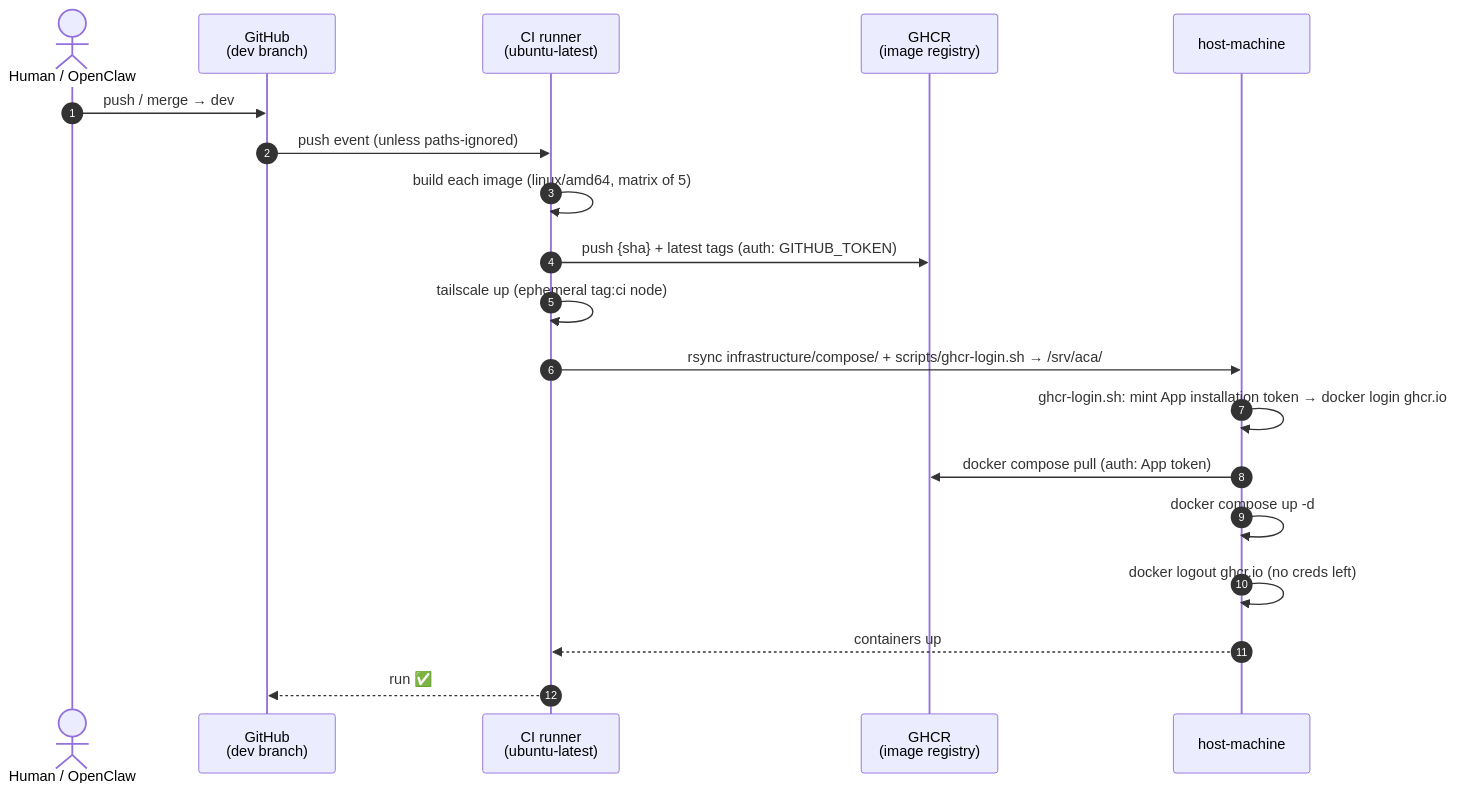
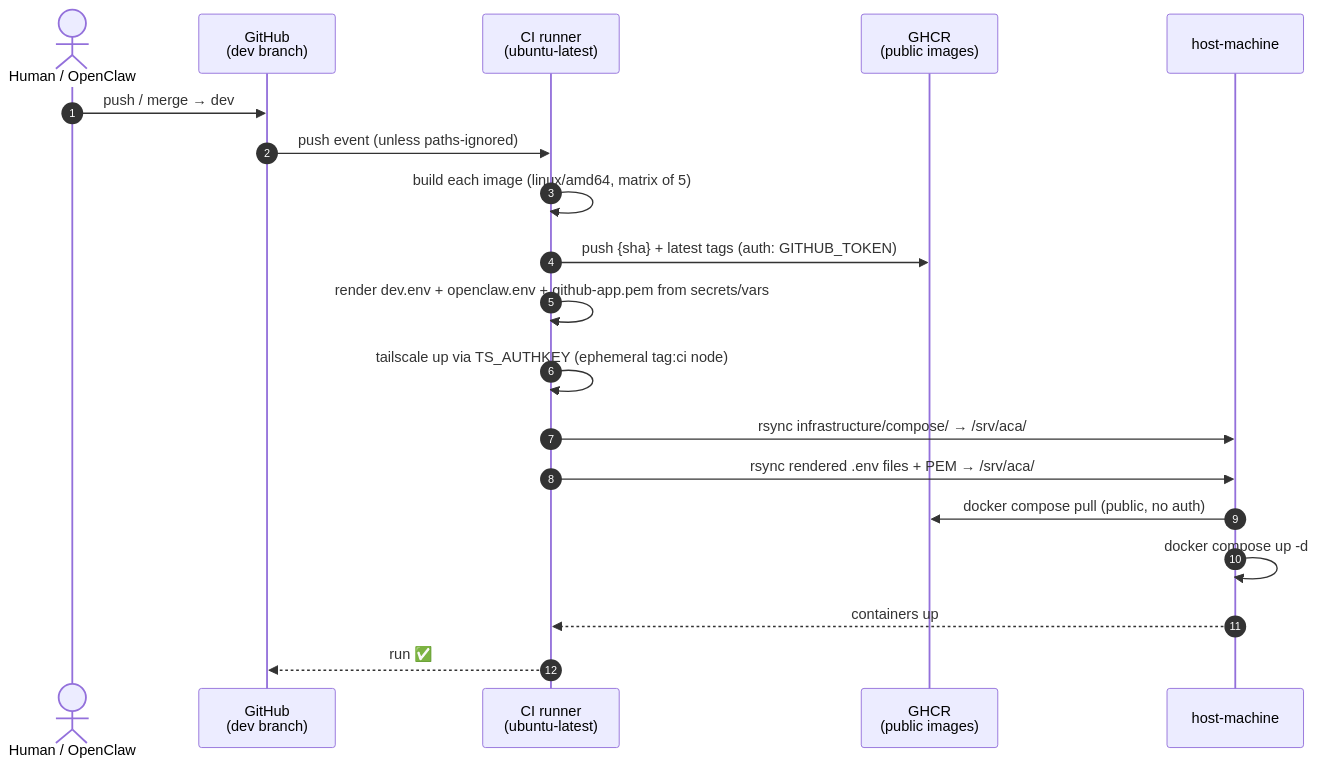
The third of 3 diagrams in infrastructure/.docs/ecosystem.md (ArchiCain/automated-coding-agent), drawn with Mermaid before and after one commit. The commit also changed other lines of this file and 14 other files, not shown here.

````diff
--- a/infrastructure/.docs/ecosystem.md
+++ b/infrastructure/.docs/ecosystem.md
@@ -103,22 +103,22 @@
 ```mermaid
 sequenceDiagram
   autonumber
   actor Human as Human / OpenClaw
   participant GH as GitHub<br/>(dev branch)
   participant CI as CI runner<br/>(ubuntu-latest)
-  participant GHCR as GHCR<br/>(image registry)
+  participant GHCR as GHCR<br/>(public images)
   participant Host as host-machine
 
   Human->>GH: push / merge → dev
   GH->>CI: push event (unless paths-ignored)
   CI->>CI: build each image (linux/amd64, matrix of 5)
   CI->>GHCR: push {sha} + latest tags (auth: GITHUB_TOKEN)
-  CI->>CI: tailscale up (ephemeral tag:ci node)
-  CI->>Host: rsync infrastructure/compose/ + scripts/ghcr-login.sh → /srv/aca/
-  Host->>Host: ghcr-login.sh: mint App installation token → docker login ghcr.io
-  Host->>GHCR: docker compose pull (auth: App token)
+  CI->>CI: render dev.env + openclaw.env + github-app.pem from secrets/vars
+  CI->>CI: tailscale up via TS_AUTHKEY (ephemeral tag:ci node)
+  CI->>Host: rsync infrastructure/compose/ → /srv/aca/
+  CI->>Host: rsync rendered .env files + PEM → /srv/aca/
+  Host->>GHCR: docker compose pull (public, no auth)
   Host->>Host: docker compose up -d
-  Host->>Host: docker logout ghcr.io (no creds left)
   Host-->>CI: containers up
   CI-->>GH: run ✅
 ```
````
